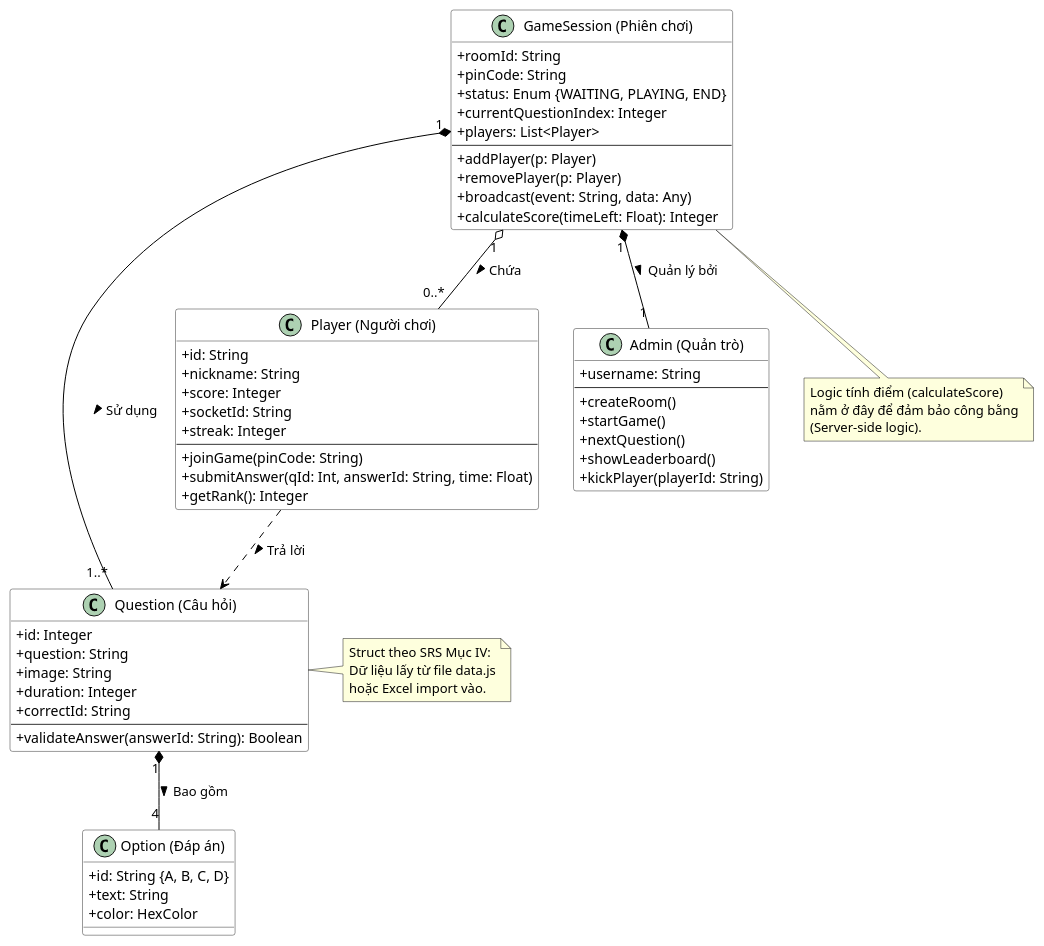
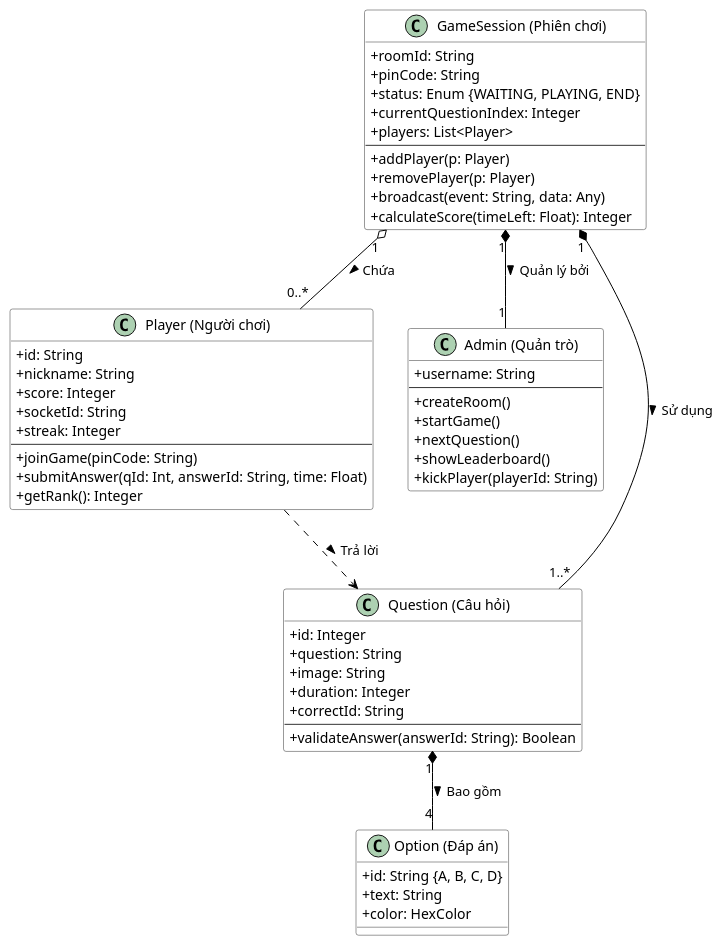
Before and after one commit to vovumewmew/Woay-Trivia-Blast: the diagram in Diagram/Class_Diagram.puml, drawn with PlantUML. The commit also changed 8 other files, not shown here.

```diff
--- a/Diagram/Class_Diagram.puml
+++ b/Diagram/Class_Diagram.puml
@@ -1,94 +1,82 @@
 @startuml Class_WoayTrivia
 ' Cấu hình giao diện
 skinparam class {
     BackgroundColor White
     ArrowColor Black
     BorderColor #333333
 }
 skinparam classAttributeIconSize 0
 
 ' --- ĐỊNH NGHĨA CÁC LỚP (ENTITIES) ---
 
 class "Player (Người chơi)" as Player {
     + id: String
     + nickname: String
     + score: Integer
     + socketId: String
     + streak: Integer
     --
     + joinGame(pinCode: String)
     + submitAnswer(qId: Int, answerId: String, time: Float)
     + getRank(): Integer
 }
 
 class "Admin (Quản trò)" as Admin {
     + username: String
     --
     + createRoom()
     + startGame()
     + nextQuestion()
     + showLeaderboard()
     + kickPlayer(playerId: String)
 }
 
 class "GameSession (Phiên chơi)" as Session {
     + roomId: String
     + pinCode: String
     + status: Enum {WAITING, PLAYING, END}
     + currentQuestionIndex: Integer
     + players: List<Player>
     --
     + addPlayer(p: Player)
     + removePlayer(p: Player)
     + broadcast(event: String, data: Any)
     + calculateScore(timeLeft: Float): Integer
 }
 
 ' Đây là cấu trúc Object quan trọng trong SRS (Mục IV)
 class "Question (Câu hỏi)" as Question {
     + id: Integer
     + question: String
     + image: String
     + duration: Integer
     + correctId: String
     --
     + validateAnswer(answerId: String): Boolean
 }
 
 class "Option (Đáp án)" as Option {
     + id: String {A, B, C, D}
     + text: String
     + color: HexColor
 }
 
 ' --- MỐI QUAN HỆ ---
 
 ' 1. Một Phiên chơi có 1 Admin điều khiển
 Session "1" *-- "1" Admin : Quản lý bởi >
 
 ' 2. Một Phiên chơi chứa nhiều Player
 Session "1" o-- "0..*" Player : Chứa >
 
 ' 3. Một Phiên chơi load nhiều Câu hỏi từ file data.js
 Session "1" *-- "1..*" Question : Sử dụng >
 
 ' 4. Một Câu hỏi có 4 Đáp án
 Question "1" *-- "4" Option : Bao gồm >
 
 ' 5. Quan hệ phụ thuộc (Dependency)
 Player ..> Question : Trả lời >
 
-' --- GHI CHÚ ---
-note right of Question
-  Struct theo SRS Mục IV:
-  Dữ liệu lấy từ file data.js
-  hoặc Excel import vào.
-end note
-
-note bottom of Session
-  Logic tính điểm (calculateScore)
-  nằm ở đây để đảm bảo công bằng
-  (Server-side logic).
-end note
 
 @enduml
```
